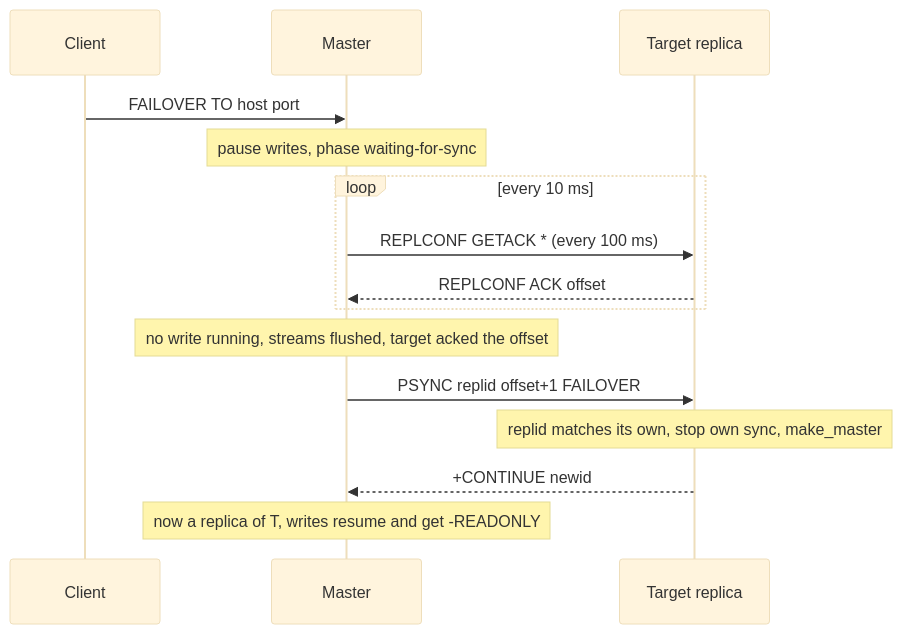
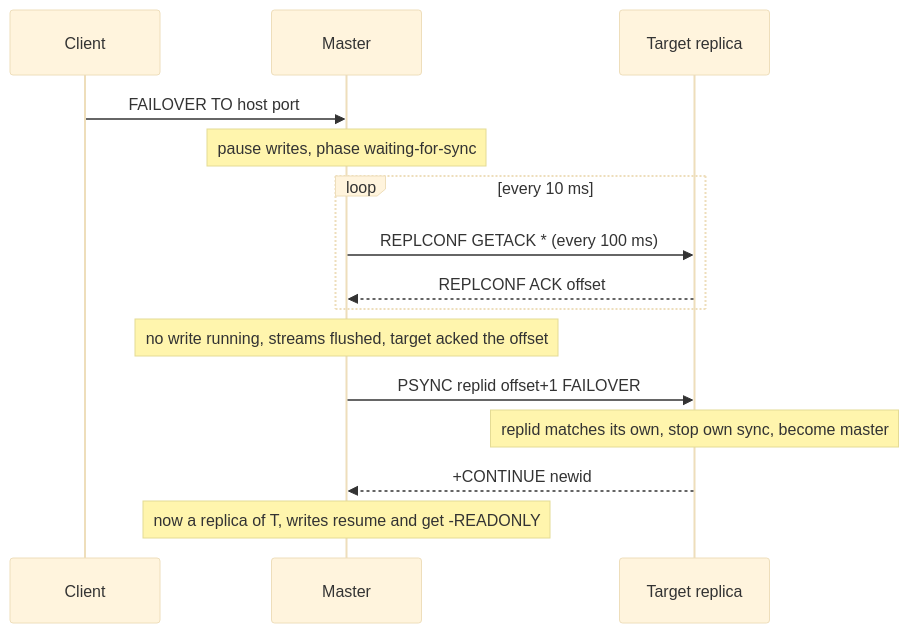
The third of 3 diagrams in docs/internal/14_persistence_replication.md (warrenzhu25/rudis), drawn with Mermaid (base theme) before and after one commit. The commit also changed other lines of this file, not shown here.

````diff
--- a/docs/internal/14_persistence_replication.md
+++ b/docs/internal/14_persistence_replication.md
@@ -1045,17 +920,17 @@
 ```mermaid
 sequenceDiagram
     participant C as Client
     participant M as Master
     participant T as Target replica
     C->>M: FAILOVER TO host port
     Note over M: pause writes, phase waiting-for-sync
     loop every 10 ms
         M->>T: REPLCONF GETACK * (every 100 ms)
         T-->>M: REPLCONF ACK offset
     end
     Note over M: no write running, streams flushed, target acked the offset
     M->>T: PSYNC replid offset+1 FAILOVER
-    Note over T: replid matches its own, stop own sync, make_master
+    Note over T: replid matches its own, stop own sync, become master
     T-->>M: +CONTINUE newid
     Note over M: now a replica of T, writes resume and get -READONLY
 ```
````
